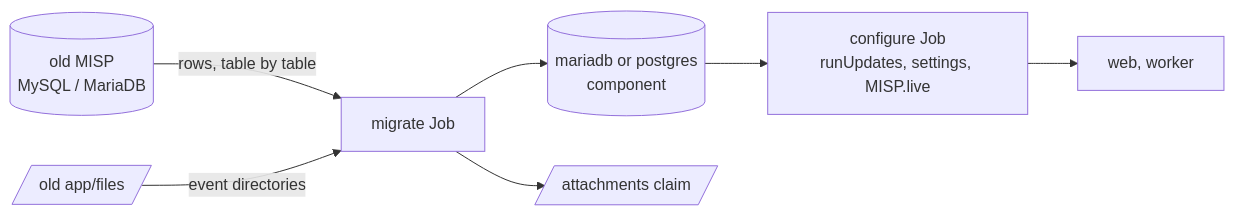
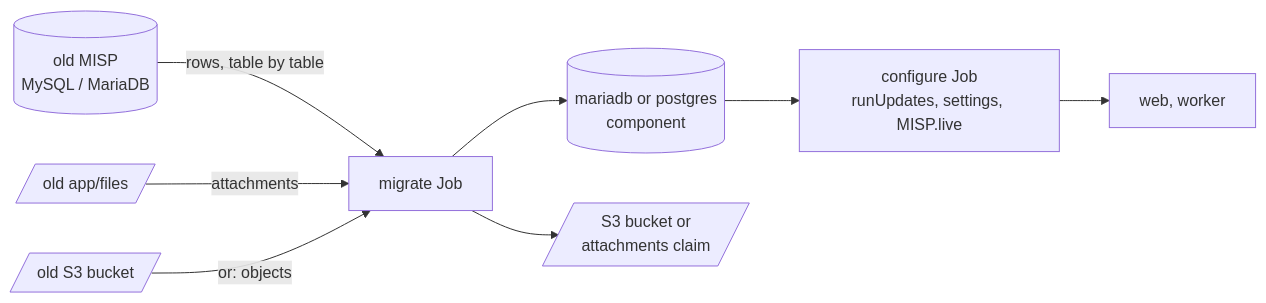
The diagram in docs/migration.md (oivindoh/misp-container), drawn with Mermaid before and after one commit. The commit also changed other lines of this file and 18 other files, not shown here.

Commit message:
let the migrate job copy attachments from a directory or a bucket into the deployment's bucket or volume under misp's key, so proposals, bucketed sources and s3 targets no longer lose attachments

````diff
--- a/docs/migration.md
+++ b/docs/migration.md
@@ -24,9 +25,10 @@
 ```mermaid
 flowchart LR
     S[(old MISP<br/>MySQL / MariaDB)] -->|rows, table by table| J[migrate Job]
-    F[/old app/files/] -->|event directories| J
+    F[/old app/files/] -->|attachments| J
+    B[/old S3 bucket/] -->|or: objects| J
     J --> T[(mariadb or postgres<br/>component)]
-    J --> A[/attachments claim/]
+    J --> A[/S3 bucket or<br/>attachments claim/]
     T --> C[configure Job<br/>runUpdates, settings, MISP.live]
     C --> W[web, worker]
 ```
````
